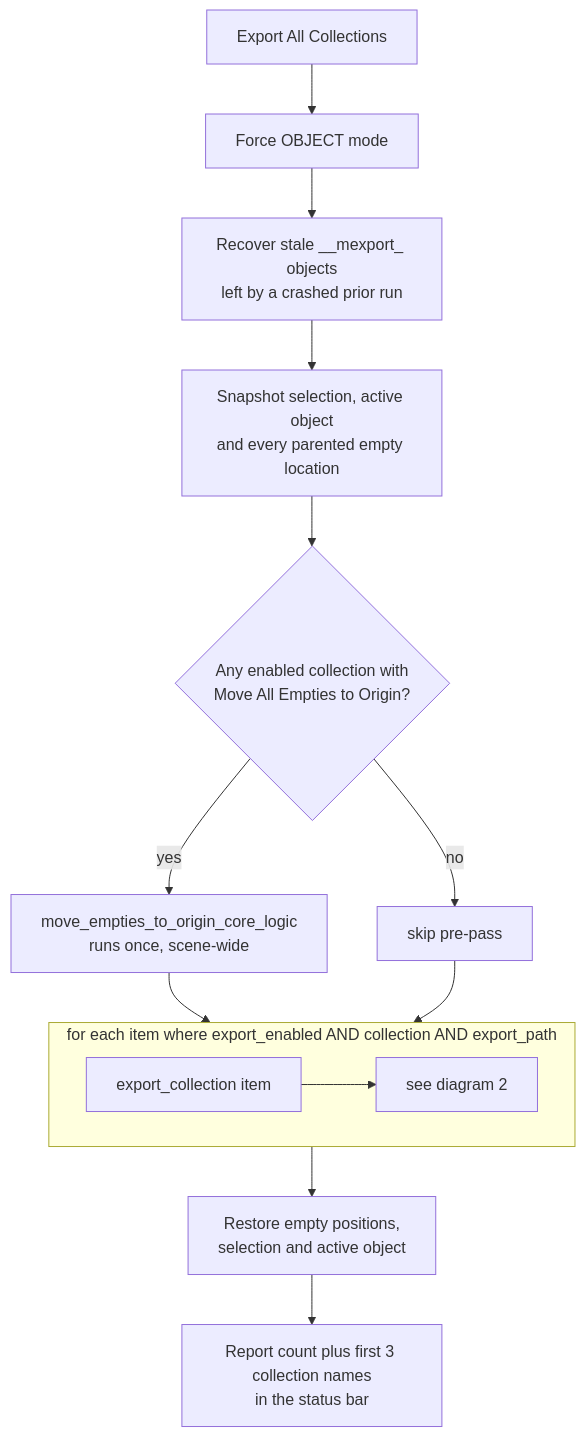
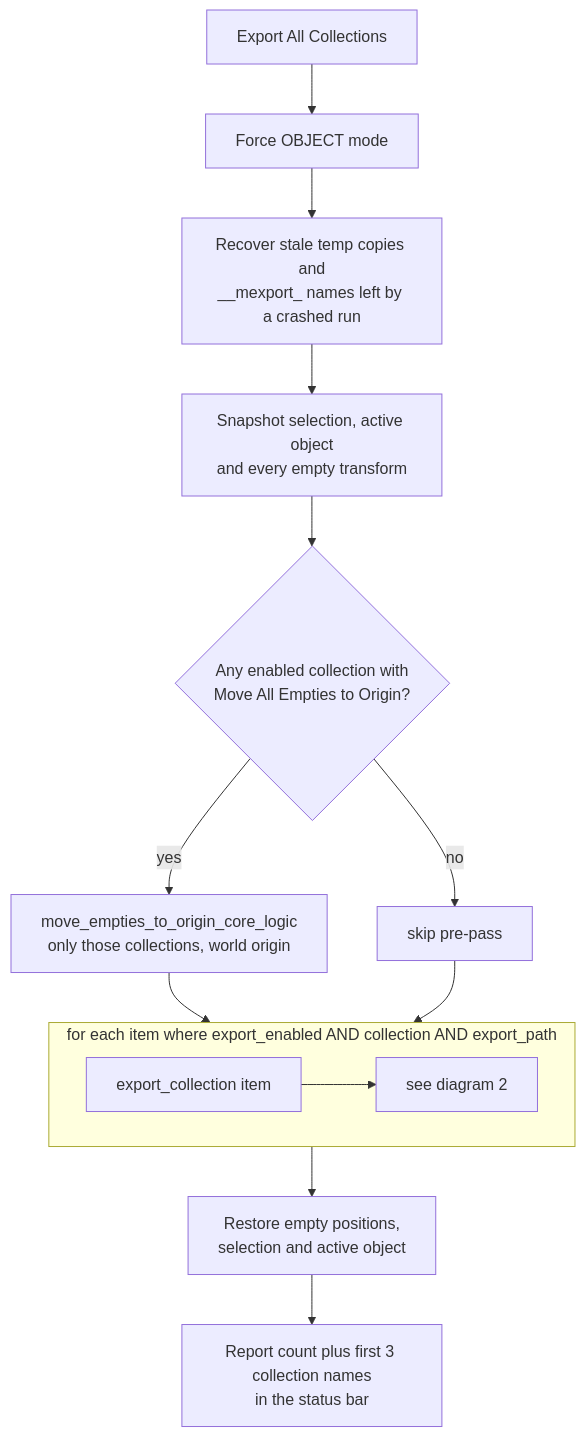
Before and after one commit to Stephk0/Toolings: the first of 5 diagrams in Blender/Addons/MassExporter/EXPORT_FLOW.md, drawn with Mermaid. The commit also changed other lines of this file and 148 other files, not shown here.

````diff
--- a/Blender/Addons/MassExporter/EXPORT_FLOW.md
+++ b/Blender/Addons/MassExporter/EXPORT_FLOW.md
@@ -20,18 +20,18 @@
 ```mermaid
 flowchart TD
     subgraph LOOP ["for each item where export_enabled AND collection AND export_path"]
         H["export_collection item"] --> I["see diagram 2"]
     end
 
     A["Export All Collections"] --> B["Force OBJECT mode"]
-    B --> C["Recover stale __mexport_ objects<br/>left by a crashed prior run"]
-    C --> D["Snapshot selection, active object<br/>and every parented empty location"]
+    B --> C["Recover stale temp copies and<br/>__mexport_ names left by a crashed run"]
+    C --> D["Snapshot selection, active object<br/>and every empty transform"]
     D --> E{"Any enabled collection with<br/>Move All Empties to Origin?"}
-    E -->|yes| F["move_empties_to_origin_core_logic<br/>runs once, scene-wide"]
+    E -->|yes| F["move_empties_to_origin_core_logic<br/>only those collections, world origin"]
     E -->|no| G["skip pre-pass"]
     F --> LOOP
     G --> LOOP
 
     LOOP --> Z["Restore empty positions,<br/>selection and active object"]
     Z --> Y["Report count plus first 3 collection names<br/>in the status bar"]
 ```
````
